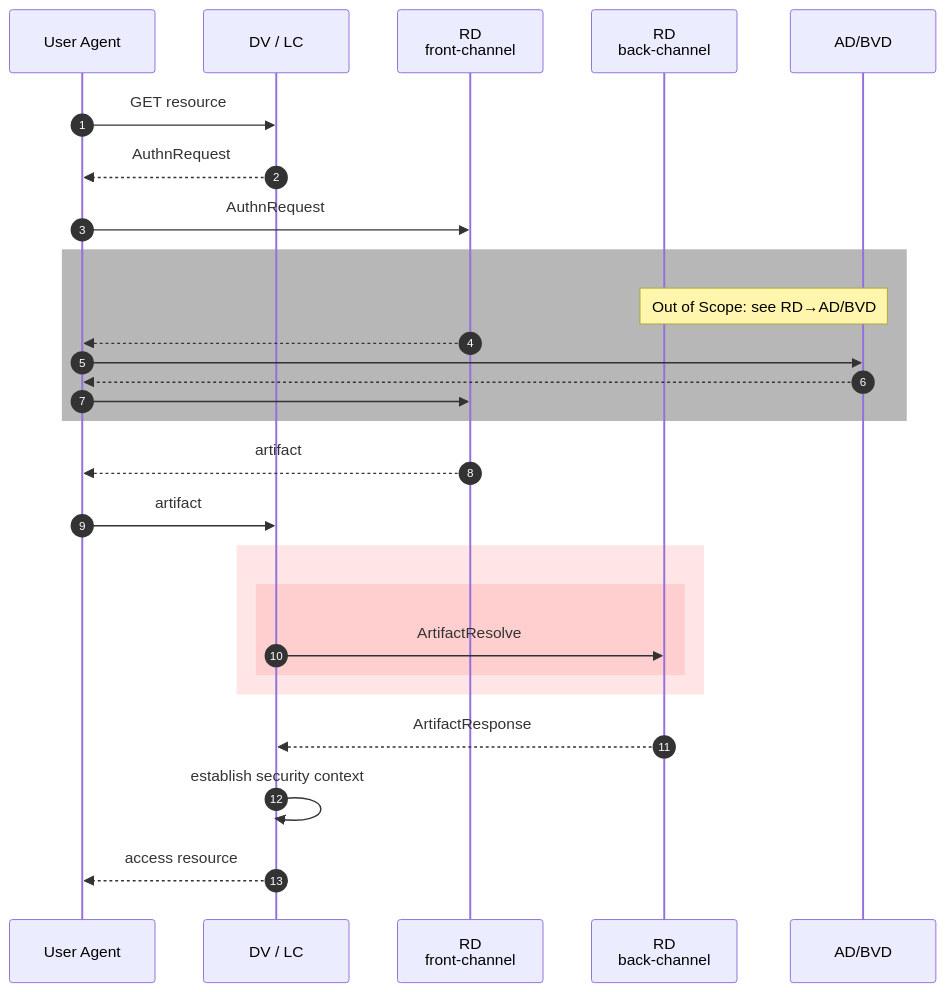
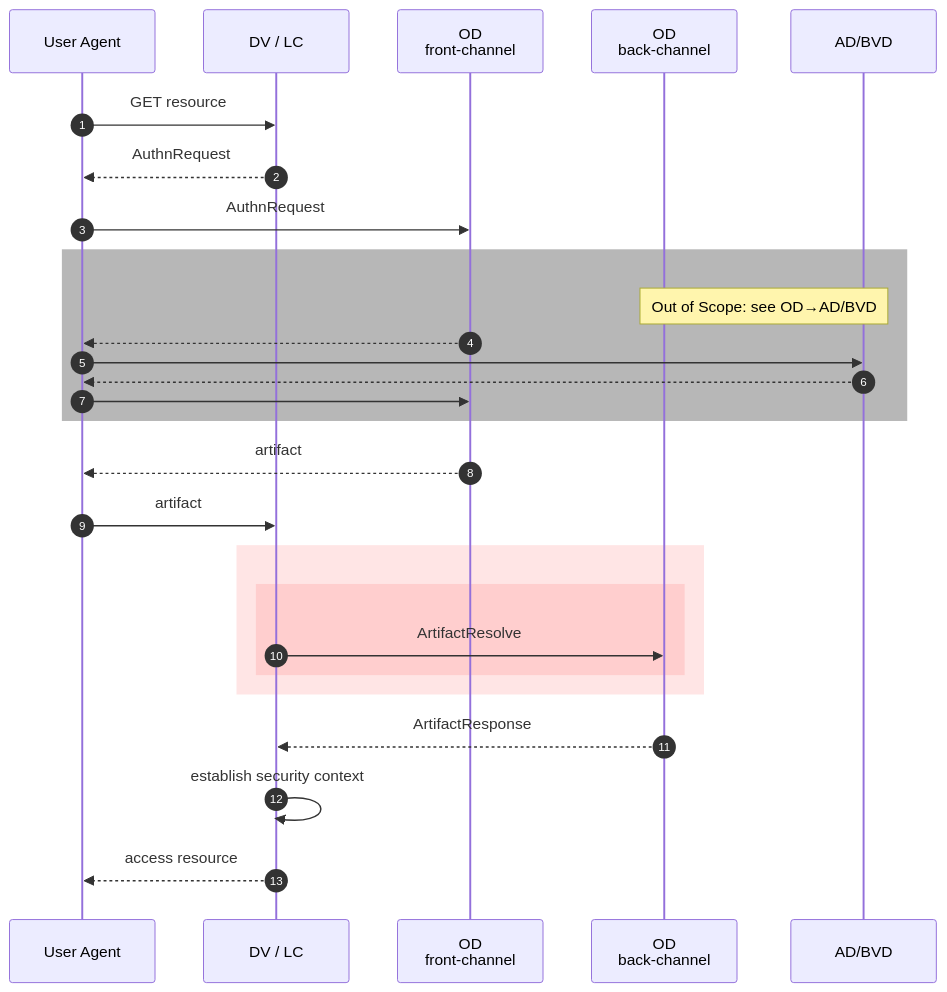
The diagram in media/saml-authentication-flow-dv-lc-rd-artifact-resolve.mermaid (Logius-standaarden/st-saml-spec), drawn with Mermaid before and after one commit. The commit also changed 31 other files, not shown here.

Commit message:
Use OD terminology throughout specification and diagrams

```diff
--- a/media/saml-authentication-flow-dv-lc-rd-artifact-resolve.mermaid
+++ b/media/saml-authentication-flow-dv-lc-rd-artifact-resolve.mermaid
@@ -1,31 +1,31 @@
 %%{init: {
     "themeVariables": {"fontSize": "24px"},
     "sequence": {"boxMargin": 20}
 }}%%
 sequenceDiagram
 autonumber
 participant A as User Agent
 participant B as DV / LC
-participant C as RD <br /> front-channel
-participant D as RD <br /> back-channel
+participant C as OD <br /> front-channel
+participant D as OD <br /> back-channel
 participant E as AD/BVD
 A->>B: GET resource
 B-->>A: AuthnRequest
 A->>C: AuthnRequest
 rect rgba(75, 75, 75,.4)
-    Note over D,E: Out of Scope: see RD#8594;AD/BVD
+    Note over D,E: Out of Scope: see OD#8594;AD/BVD
     C-->>A:
     A->>E:
     E-->>A:
     A->>C:
 end
 C-->>A: artifact
 A->>B: artifact
 rect rgba(255,0,0,.1)
 rect rgba(255,0,0,.1)
     B->>D: ArtifactResolve
 end
 end
 D-->>B: ArtifactResponse
 B->>B: establish security context
 B-->>A: access resource
```
